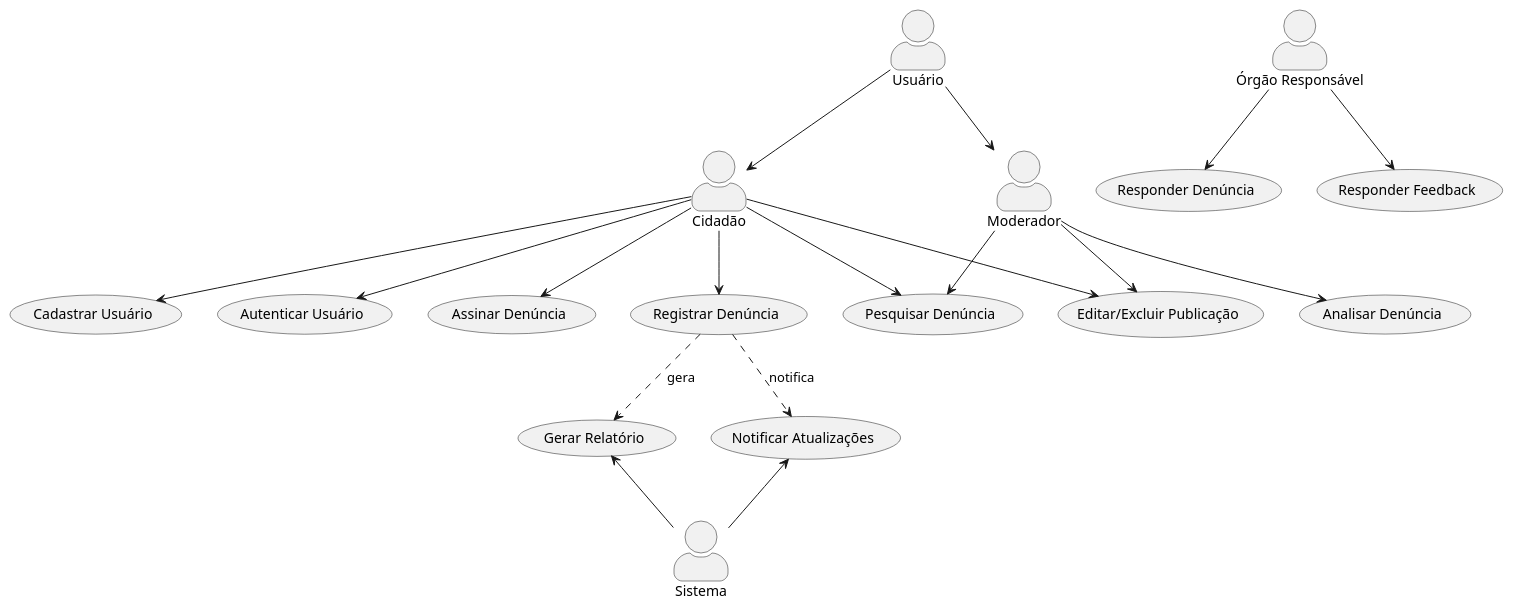
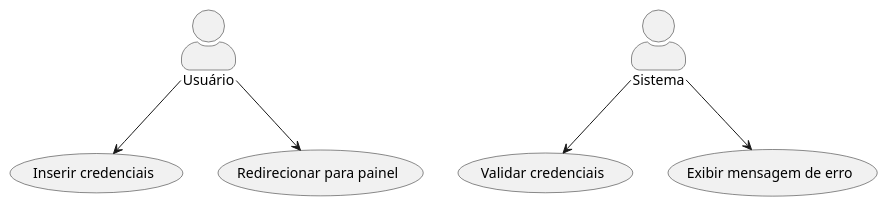
One commit to rafa-alves6/Reclama.se-AOO changed the first of 2 diagrams in modelos/UC_Autenticar.md. Above: the diagram before and after it, drawn with PlantUML. The commit also changed other lines of this file, not shown here.

````diff
--- a/modelos/UC_Autenticar.md
+++ b/modelos/UC_Autenticar.md
@@ -30,37 +30,15 @@
 ```puml
 @startuml
 
 skinparam actorStyle awesome
 
 actor "Usuário" as U
-actor "Órgão Responsável" as O
 actor "Sistema" as S
-actor "Moderador" as M
-actor "Cidadão" as C
 
-U --> C
-U --> M
-
-C --> (Cadastrar Usuário)
-C --> (Autenticar Usuário)
-C --> (Registrar Denúncia)
-C --> (Assinar Denúncia)
-C --> (Pesquisar Denúncia)
-C --> (Editar/Excluir Publicação)
-
-M --> (Pesquisar Denúncia)
-M --> (Editar/Excluir Publicação)
-M --> (Analisar Denúncia)
-
-S -up-> (Notificar Atualizações)
-S -up-> (Gerar Relatório)
-
-
-O --> (Responder Denúncia)
-O --> (Responder Feedback)
-
-(Registrar Denúncia) .down.> (Gerar Relatório) : gera
-(Registrar Denúncia) .down.> (Notificar Atualizações) : notifica
+U --> (Inserir credenciais)
+S --> (Validar credenciais)
+S --> (Exibir mensagem de erro)
+U --> (Redirecionar para painel)
 
 @enduml
 ```
````
